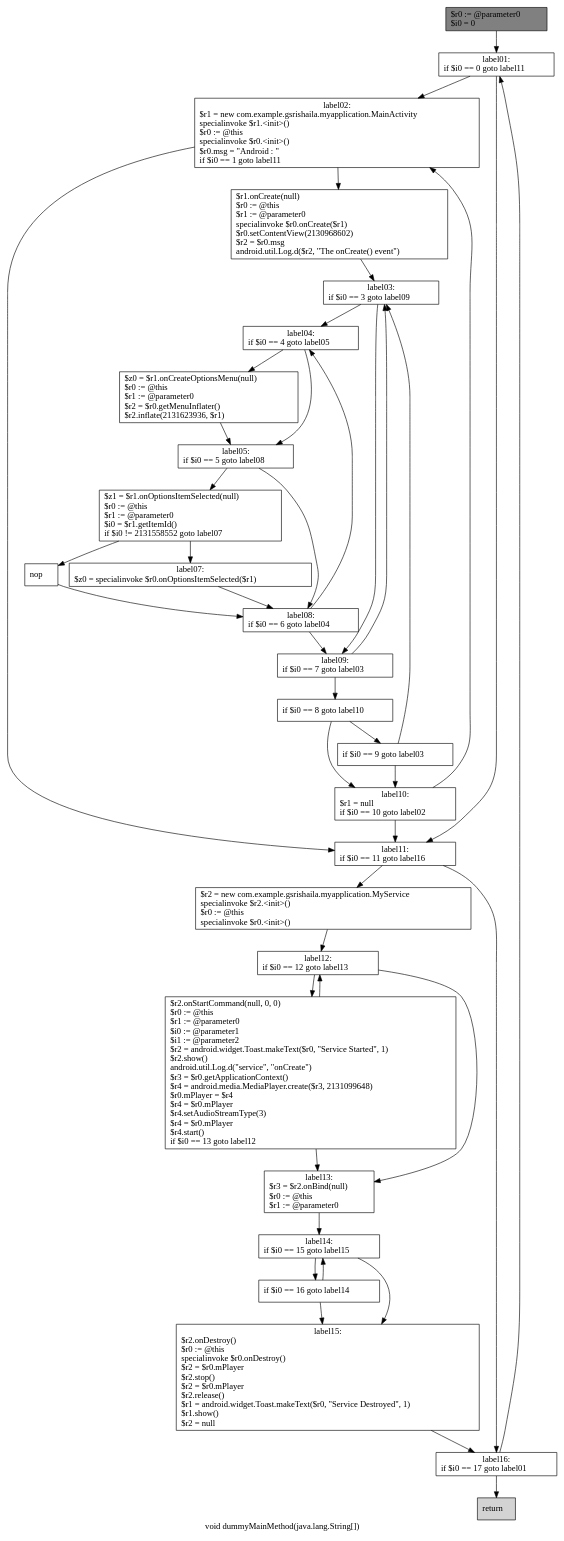
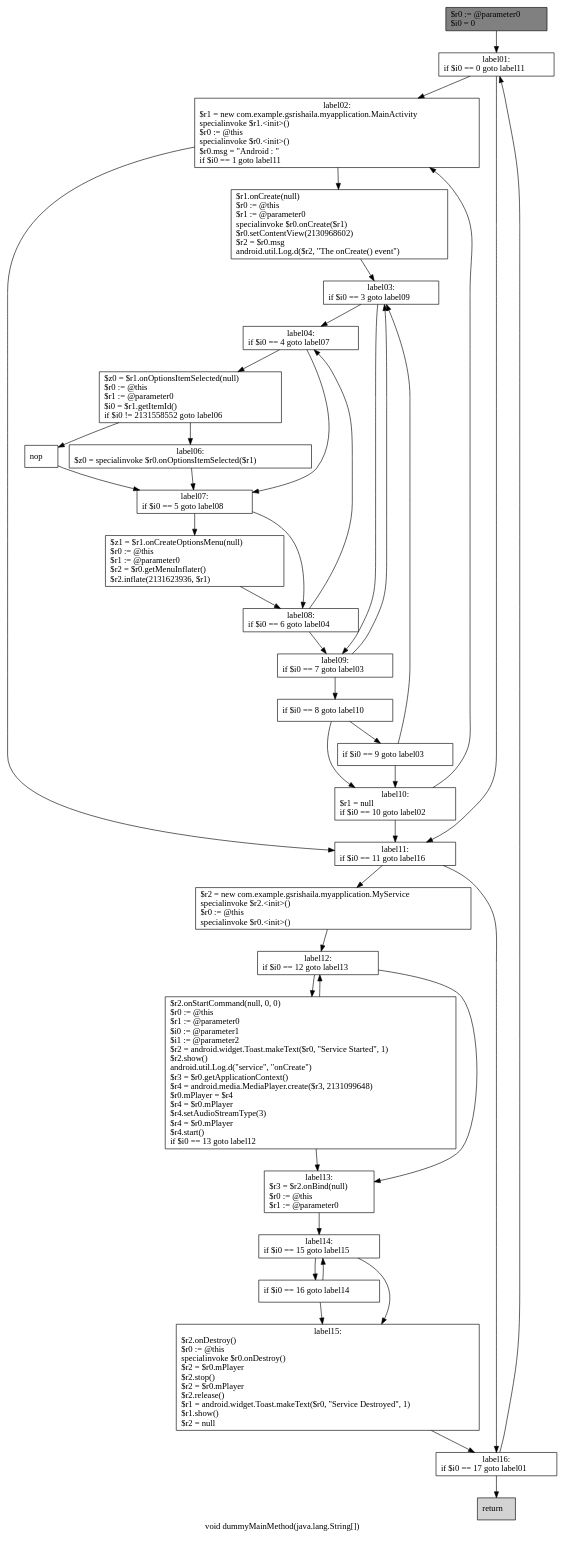
Before and after one commit to gsrishaila/summer: the diagram in soot-infoflow-android-develop/dummyMainMethod333.dot, drawn with Graphviz. The commit also changed 4 other files, not shown here.

```diff
--- a/soot-infoflow-android-develop/dummyMainMethod333.dot
+++ b/soot-infoflow-android-develop/dummyMainMethod333.dot
@@ -1,72 +1,72 @@
 digraph "void dummyMainMethod(java.lang.String[])" {
     label="void dummyMainMethod(java.lang.String[])";
     node [shape=box];
     "0" [style=filled,fillcolor=gray,label="$r0 := @parameter0\l$i0 = 0\l",];
     "1" [label="label01:\nif $i0 == 0 goto label11\l",];
     "0"->"1";
     "2" [label="label02:\n$r1 = new com.example.gsrishaila.myapplication.MainActivity\lspecialinvoke $r1.<init>()\l$r0 := @this\lspecialinvoke $r0.<init>()\l$r0.msg = \"Android : \"\lif $i0 == 1 goto label11\l",];
     "1"->"2";
     "16" [label="label11:\nif $i0 == 11 goto label16\l",];
     "1"->"16";
     "3" [label="$r1.onCreate(null)\l$r0 := @this\l$r1 := @parameter0\lspecialinvoke $r0.onCreate($r1)\l$r0.setContentView(2130968602)\l$r2 = $r0.msg\landroid.util.Log.d($r2, \"The onCreate() event\")\l",];
     "2"->"3";
     "2"->"16";
     "4" [label="label03:\nif $i0 == 3 goto label09\l",];
     "3"->"4";
-    "5" [label="label04:\nif $i0 == 4 goto label05\l",];
+    "5" [label="label04:\nif $i0 == 4 goto label07\l",];
     "4"->"5";
     "12" [label="label09:\nif $i0 == 7 goto label03\l",];
     "4"->"12";
-    "6" [label="$z0 = $r1.onCreateOptionsMenu(null)\l$r0 := @this\l$r1 := @parameter0\l$r2 = $r0.getMenuInflater()\l$r2.inflate(2131623936, $r1)\l",];
+    "6" [label="$z0 = $r1.onOptionsItemSelected(null)\l$r0 := @this\l$r1 := @parameter0\l$i0 = $r1.getItemId()\lif $i0 != 2131558552 goto label06\l",];
     "5"->"6";
-    "7" [label="label05:\nif $i0 == 5 goto label08\l",];
-    "5"->"7";
+    "8" [label="label07:\nif $i0 == 5 goto label08\l",];
+    "5"->"8";
+    "7" [label="nop\l",];
     "6"->"7";
-    "8" [label="$z1 = $r1.onOptionsItemSelected(null)\l$r0 := @this\l$r1 := @parameter0\l$i0 = $r1.getItemId()\lif $i0 != 2131558552 goto label07\l",];
+    "9" [label="label06:\n$z0 = specialinvoke $r0.onOptionsItemSelected($r1)\l",];
+    "6"->"9";
     "7"->"8";
-    "10" [label="label08:\nif $i0 == 6 goto label04\l",];
-    "7"->"10";
-    "9" [label="nop\l",];
-    "8"->"9";
-    "11" [label="label07:\n$z0 = specialinvoke $r0.onOptionsItemSelected($r1)\l",];
+    "10" [label="$z1 = $r1.onCreateOptionsMenu(null)\l$r0 := @this\l$r1 := @parameter0\l$r2 = $r0.getMenuInflater()\l$r2.inflate(2131623936, $r1)\l",];
+    "8"->"10";
+    "11" [label="label08:\nif $i0 == 6 goto label04\l",];
     "8"->"11";
-    "9"->"10";
-    "10"->"5";
-    "10"->"12";
-    "11"->"10";
+    "9"->"8";
+    "10"->"11";
+    "11"->"5";
+    "11"->"12";
     "12"->"4";
     "13" [label="if $i0 == 8 goto label10\l",];
     "12"->"13";
     "14" [label="if $i0 == 9 goto label03\l",];
     "13"->"14";
     "15" [label="label10:\n$r1 = null\lif $i0 == 10 goto label02\l",];
     "13"->"15";
     "14"->"4";
     "14"->"15";
     "15"->"2";
     "15"->"16";
     "17" [label="$r2 = new com.example.gsrishaila.myapplication.MyService\lspecialinvoke $r2.<init>()\l$r0 := @this\lspecialinvoke $r0.<init>()\l",];
     "16"->"17";
     "24" [label="label16:\nif $i0 == 17 goto label01\l",];
     "16"->"24";
     "18" [label="label12:\nif $i0 == 12 goto label13\l",];
     "17"->"18";
     "19" [label="$r2.onStartCommand(null, 0, 0)\l$r0 := @this\l$r1 := @parameter0\l$i0 := @parameter1\l$i1 := @parameter2\l$r2 = android.widget.Toast.makeText($r0, \"Service Started\", 1)\l$r2.show()\landroid.util.Log.d(\"service\", \"onCreate\")\l$r3 = $r0.getApplicationContext()\l$r4 = android.media.MediaPlayer.create($r3, 2131099648)\l$r0.mPlayer = $r4\l$r4 = $r0.mPlayer\l$r4.setAudioStreamType(3)\l$r4 = $r0.mPlayer\l$r4.start()\lif $i0 == 13 goto label12\l",];
     "18"->"19";
     "20" [label="label13:\n$r3 = $r2.onBind(null)\l$r0 := @this\l$r1 := @parameter0\l",];
     "18"->"20";
     "19"->"18";
     "19"->"20";
     "21" [label="label14:\nif $i0 == 15 goto label15\l",];
     "20"->"21";
     "22" [label="if $i0 == 16 goto label14\l",];
     "21"->"22";
     "23" [label="label15:\n$r2.onDestroy()\l$r0 := @this\lspecialinvoke $r0.onDestroy()\l$r2 = $r0.mPlayer\l$r2.stop()\l$r2 = $r0.mPlayer\l$r2.release()\l$r1 = android.widget.Toast.makeText($r0, \"Service Destroyed\", 1)\l$r1.show()\l$r2 = null\l",];
     "21"->"23";
     "22"->"21";
     "22"->"23";
     "23"->"24";
     "24"->"1";
     "25" [style=filled,fillcolor=lightgray,label="return\l",];
     "24"->"25";
 }
```
